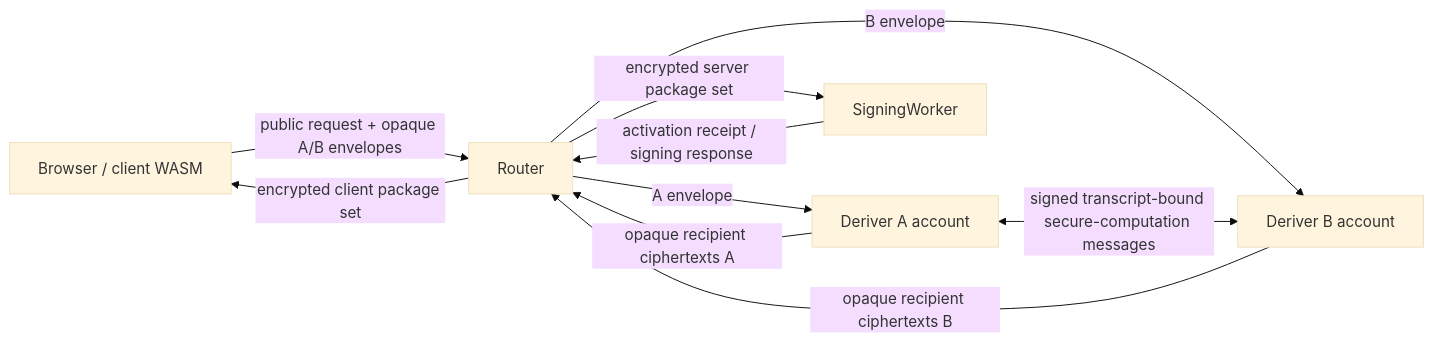
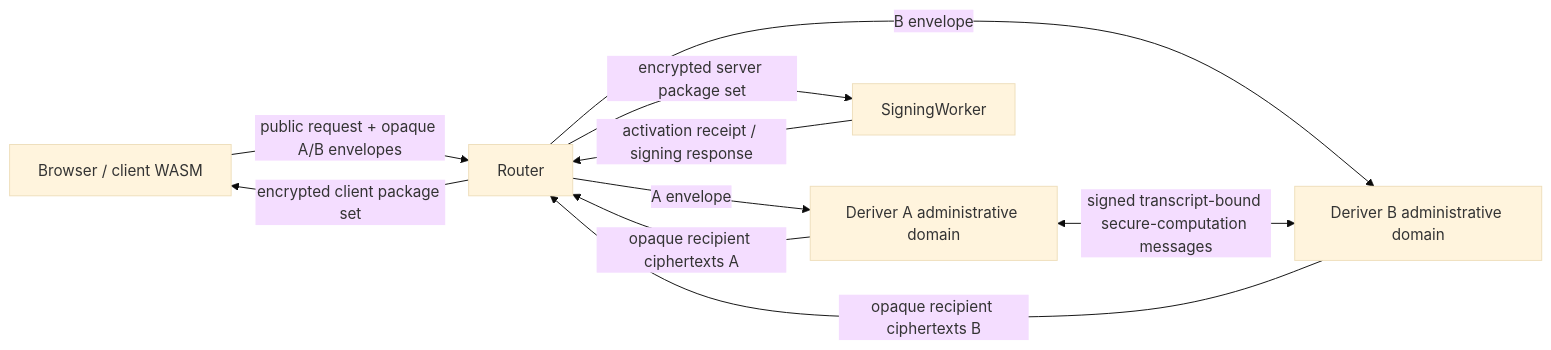
One commit to seams-tech/seams-sdk changed the diagram in docs/router-a-b-sol-refactor.md. Above: the diagram before and after it, drawn with Mermaid (base theme). The commit also changed other lines of this file and 25 other files, not shown here.

````diff
--- a/docs/router-a-b-sol-refactor.md
+++ b/docs/router-a-b-sol-refactor.md
@@ -200,12 +213,12 @@
 ```mermaid
 flowchart LR
   C["Browser / client WASM"] -->|"public request + opaque A/B envelopes"| R["Router"]
-  R -->|"A envelope"| A["Deriver A account"]
-  R -->|"B envelope"| B["Deriver B account"]
+  R -->|"A envelope"| A["Deriver A administrative domain"]
+  R -->|"B envelope"| B["Deriver B administrative domain"]
   A <-->|"signed transcript-bound secure-computation messages"| B
   A -->|"opaque recipient ciphertexts A"| R
   B -->|"opaque recipient ciphertexts B"| R
   R -->|"encrypted client package set"| C
   R -->|"encrypted server package set"| SW["SigningWorker"]
   SW -->|"activation receipt / signing response"| R
 ```
````
